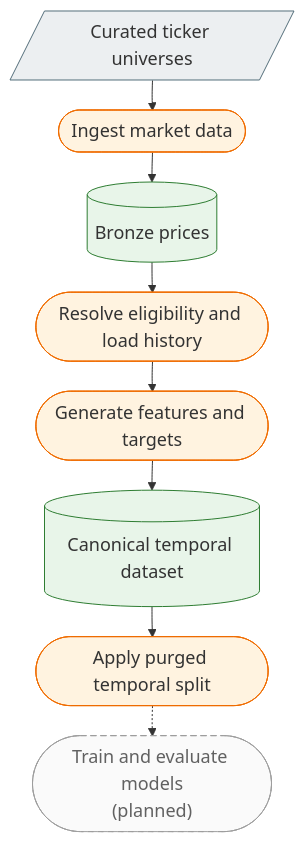
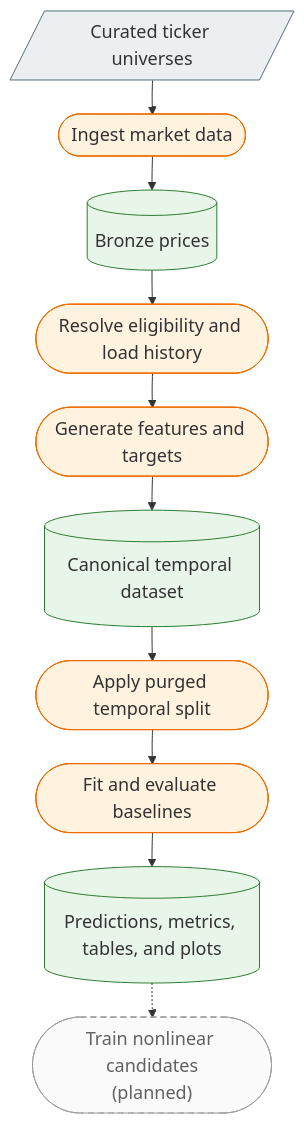
Before and after one commit to Frallmeister/swingtrader-app: the first of 3 diagrams in docs/architecture/overview.md, drawn with Mermaid. The commit also changed other lines of this file and 34 other files, not shown here.

First line of the commit message:
implement baseline models and reusable evaluation harness (#123)

````diff
--- a/docs/architecture/overview.md
+++ b/docs/architecture/overview.md
@@ -11,24 +11,27 @@
 ```mermaid
-%%{init: {"themeVariables": {"fontSize": "18px"}, "flowchart": {"nodeSpacing": 24, "rankSpacing": 30}}}%%
+%%{init: {"themeVariables": {"fontSize": "18px"}, "flowchart": {"nodeSpacing": 24, "rankSpacing": 34}}}%%
 flowchart TB
     universe[/Curated ticker universes/]
     ingest([Ingest market data])
     bronze[(Bronze prices)]
     eligible([Resolve eligibility and load history])
     generate([Generate features and targets])
     dataset[(Canonical temporal dataset)]
     split([Apply purged temporal split])
-    train(["Train and evaluate models<br/>(planned)"])
+    baseline([Fit and evaluate baselines])
+    reports[(Predictions, metrics, tables, and plots)]
+    nonlinear(["Train nonlinear candidates<br/>(planned)"])
 
     universe --> ingest --> bronze --> eligible --> generate --> dataset --> split
-    split -.-> train
+    split --> baseline --> reports
+    reports -.-> nonlinear
 
     classDef input fill:#eceff1,stroke:#546e7a
     classDef action fill:#fff3e0,stroke:#ef6c00
     classDef artifact fill:#e8f5e9,stroke:#2e7d32
     classDef planned fill:#fafafa,stroke:#9e9e9e,color:#616161,stroke-dasharray:6 4
     class universe input
-    class ingest,eligible,generate,split action
-    class bronze,dataset artifact
-    class train planned
+    class ingest,eligible,generate,split,baseline action
+    class bronze,dataset,reports artifact
+    class nonlinear planned
 ```
````
